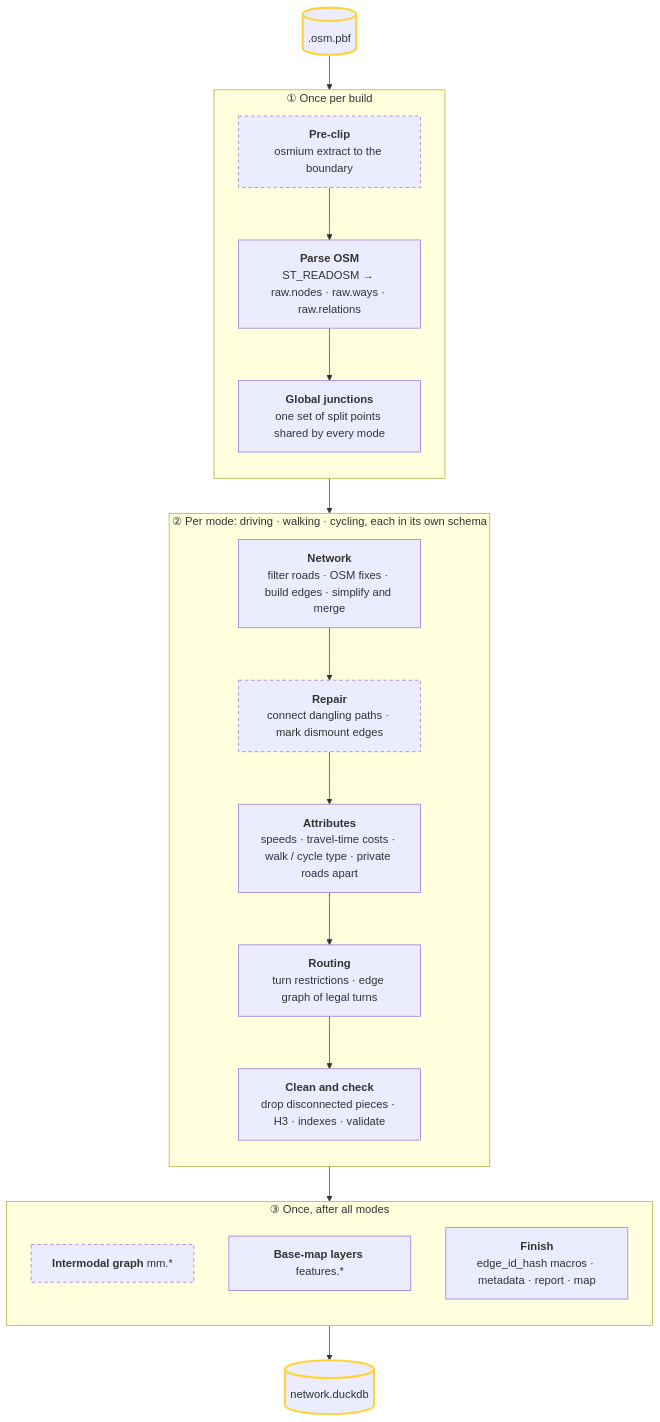
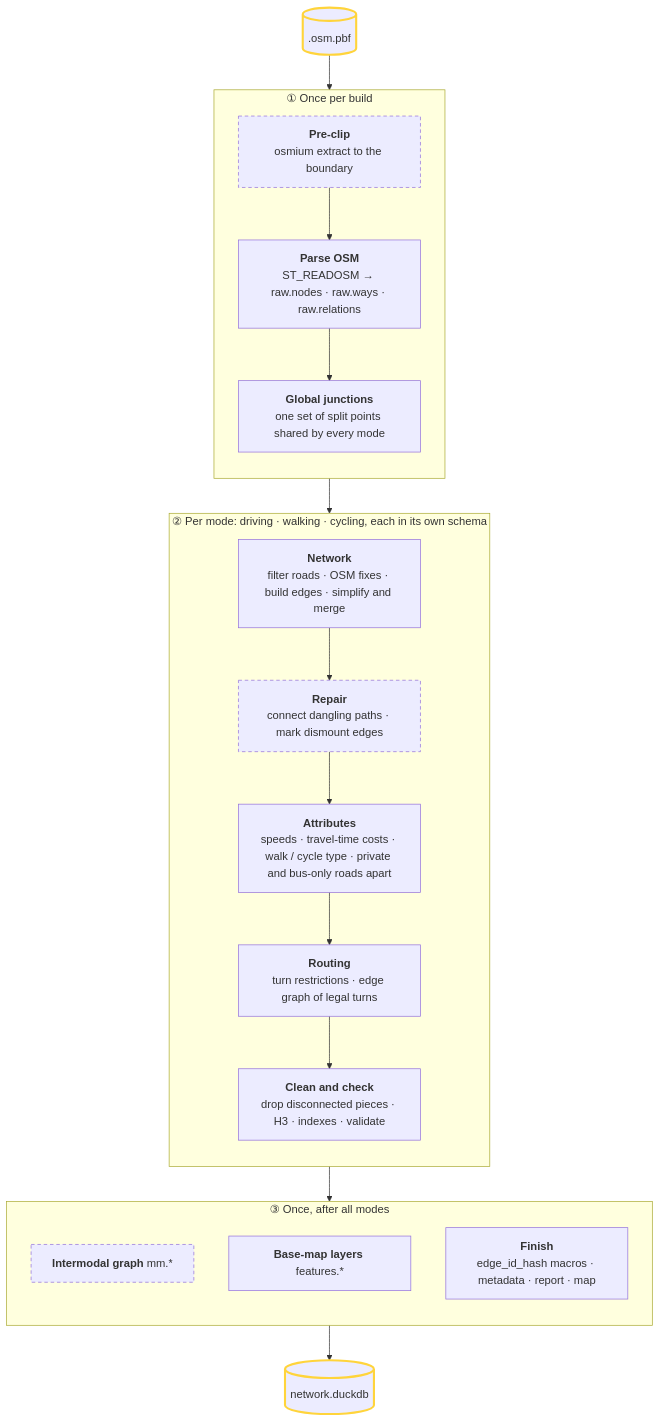
Before and after one commit to Khoshkhah/duckOSM: the first of 2 diagrams in docs/concepts/build.md, drawn with Mermaid. The commit also changed other lines of this file and 19 other files, not shown here.

````diff
--- a/docs/concepts/build.md
+++ b/docs/concepts/build.md
@@ -11,41 +11,41 @@
 ```mermaid
 flowchart TB
     PBF[(".osm.pbf")]
 
     subgraph ONCE["① Once per build"]
         direction TB
         PRE["<b>Pre-clip</b><br/>osmium extract to the boundary"]
         LOAD["<b>Parse OSM</b><br/>ST_READOSM → raw.nodes · raw.ways · raw.relations"]
         GJ["<b>Global junctions</b><br/>one set of split points shared by every mode"]
         PRE --> LOAD --> GJ
     end
 
     subgraph MODE["② Per mode: driving · walking · cycling, each in its own schema"]
         direction TB
         NET["<b>Network</b><br/>filter roads · OSM fixes · build edges · simplify and merge"]
         FIX["<b>Repair</b><br/>connect dangling paths · mark dismount edges"]
-        ATTR["<b>Attributes</b><br/>speeds · travel-time costs · walk / cycle type · private roads apart"]
+        ATTR["<b>Attributes</b><br/>speeds · travel-time costs · walk / cycle type · private and bus-only roads apart"]
         ROUTE["<b>Routing</b><br/>turn restrictions · edge graph of legal turns"]
         CHECK["<b>Clean and check</b><br/>drop disconnected pieces · H3 · indexes · validate"]
         NET --> FIX --> ATTR --> ROUTE --> CHECK
     end
 
     subgraph AFTER["③ Once, after all modes"]
         direction TB
         MM["<b>Intermodal graph</b> mm.*"]
         FEAT["<b>Base-map layers</b> features.*"]
         FIN["<b>Finish</b><br/>edge_id_hash macros · metadata · report · map"]
     end
 
     DB[("network.duckdb")]
 
     PBF --> ONCE
     ONCE --> MODE
     MODE --> AFTER
     AFTER --> DB
 
     classDef optional stroke-dasharray: 5 4
     classDef file stroke:#ffd43b,stroke-width:3px
     class PRE,FIX,MM optional
     class PBF,DB file
 ```
````
